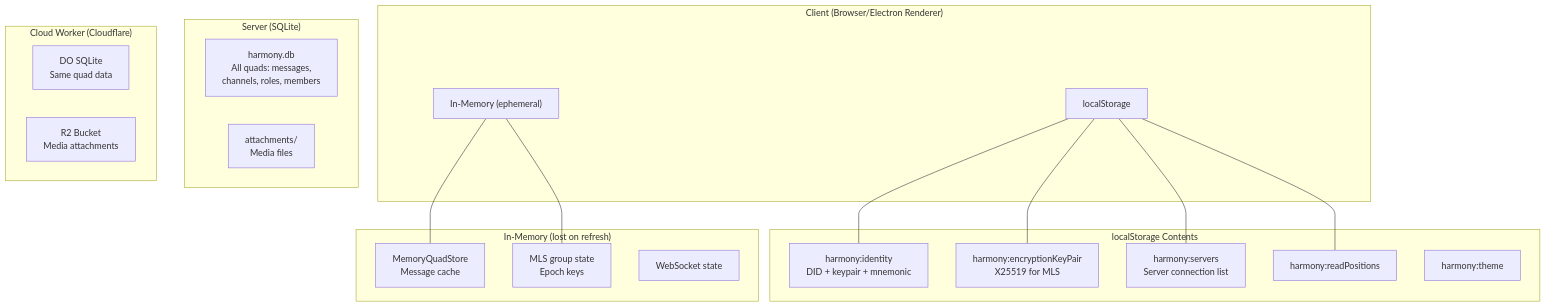
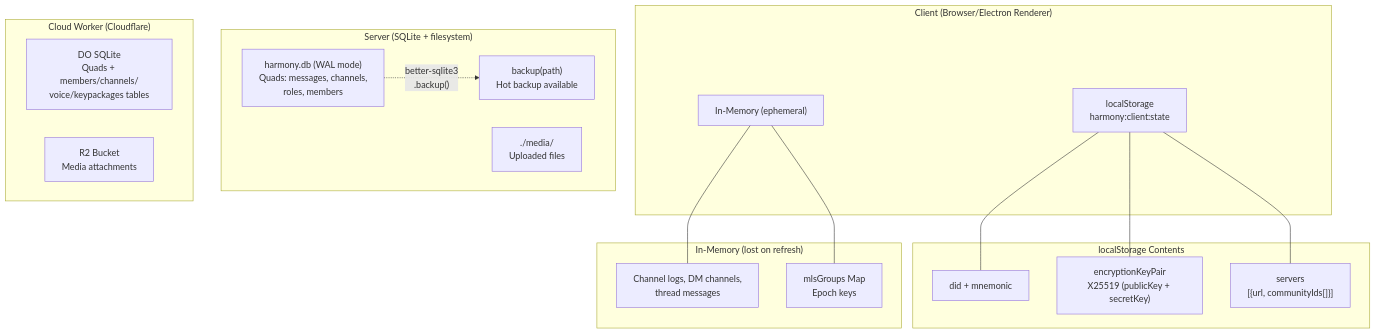
Before and after one commit to HexaField/harmony: diagram 40 of 41 in ARCHITECTURE.md, drawn with Mermaid. The commit also changed other lines of this file, not shown here.

Commit message:
docs: enrich data durability section with backup API, recovery paths, migration detail

````diff
--- a/ARCHITECTURE.md
+++ b/ARCHITECTURE.md
@@ -933,38 +933,37 @@
 ```mermaid
 graph TB
     subgraph "Client (Browser/Electron Renderer)"
-        LS["localStorage"]
+        LS["localStorage<br/>harmony:client:state"]
         Mem["In-Memory (ephemeral)"]
     end
 
     subgraph "localStorage Contents"
-        ID["harmony:identity<br/>DID + keypair + mnemonic"]
-        EK["harmony:encryptionKeyPair<br/>X25519 for MLS"]
-        SL["harmony:servers<br/>Server connection list"]
-        RP["harmony:readPositions"]
-        TH["harmony:theme"]
+        ID["did + mnemonic"]
+        EK["encryptionKeyPair<br/>X25519 (publicKey + secretKey)"]
+        SL["servers<br/>[{url, communityIds[]}]"]
     end
 
     subgraph "In-Memory (lost on refresh)"
-        MQ["MemoryQuadStore<br/>Message cache"]
-        MLS["MLS group state<br/>Epoch keys"]
-        WS["WebSocket state"]
+        MQ["Channel logs, DM channels,<br/>thread messages"]
+        MLS["mlsGroups Map<br/>Epoch keys"]
     end
 
     LS --- ID
     LS --- EK
     LS --- SL
-    LS --- RP
     Mem --- MQ
     Mem --- MLS
 
-    subgraph "Server (SQLite)"
-        DB["harmony.db<br/>All quads: messages,<br/>channels, roles, members"]
-        ATT["attachments/<br/>Media files"]
+    subgraph "Server (SQLite + filesystem)"
+        DB["harmony.db (WAL mode)<br/>Quads: messages, channels,<br/>roles, members"]
+        ATT["./media/<br/>Uploaded files"]
+        BK["backup(path)<br/>Hot backup available"]
     end
 
     subgraph "Cloud Worker (Cloudflare)"
-        DO["DO SQLite<br/>Same quad data"]
+        DO["DO SQLite<br/>Quads + members/channels/<br/>voice/keypackages tables"]
         R2["R2 Bucket<br/>Media attachments"]
     end
+
+    DB -.->|"better-sqlite3<br/>.backup()"| BK
 ```
````
